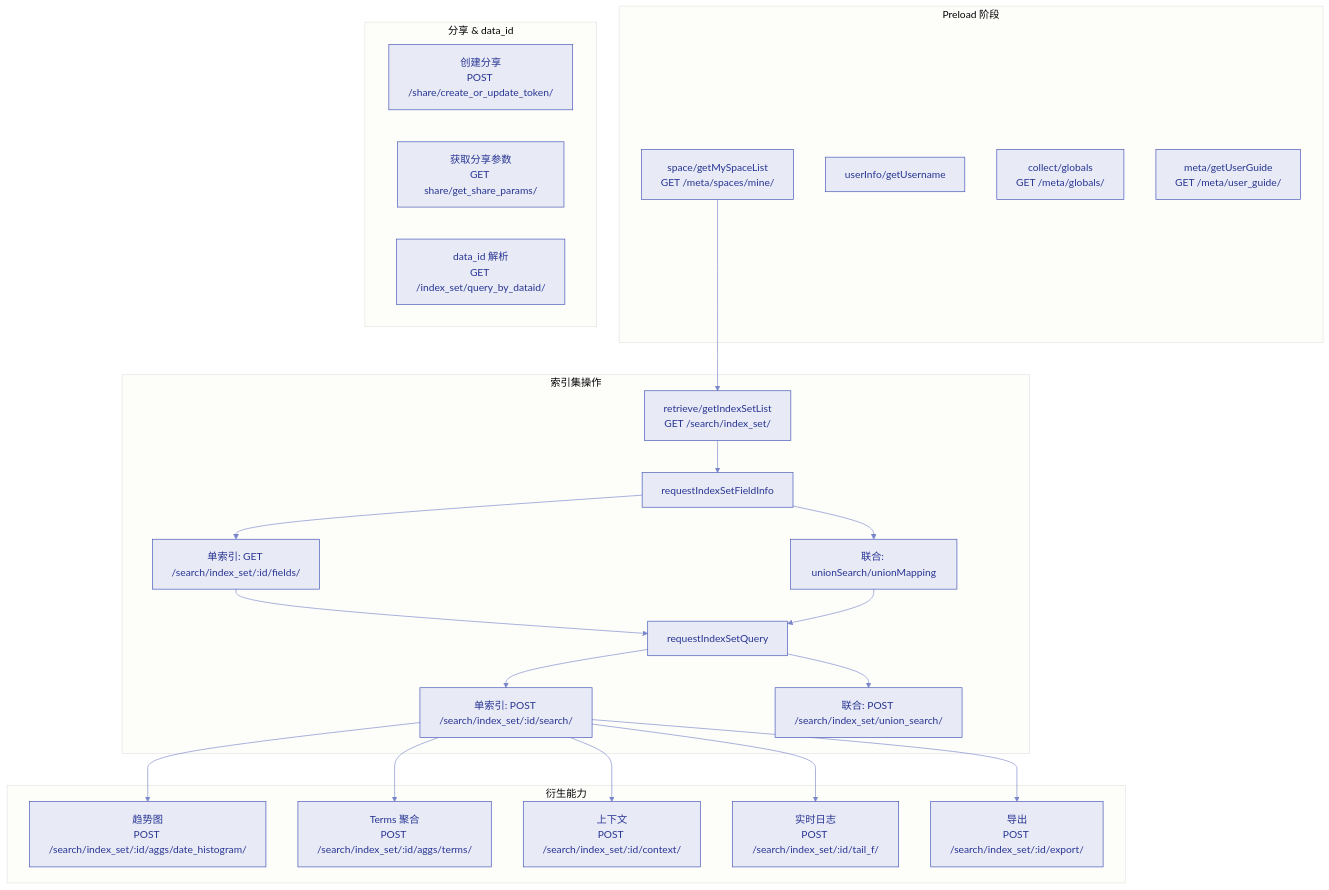
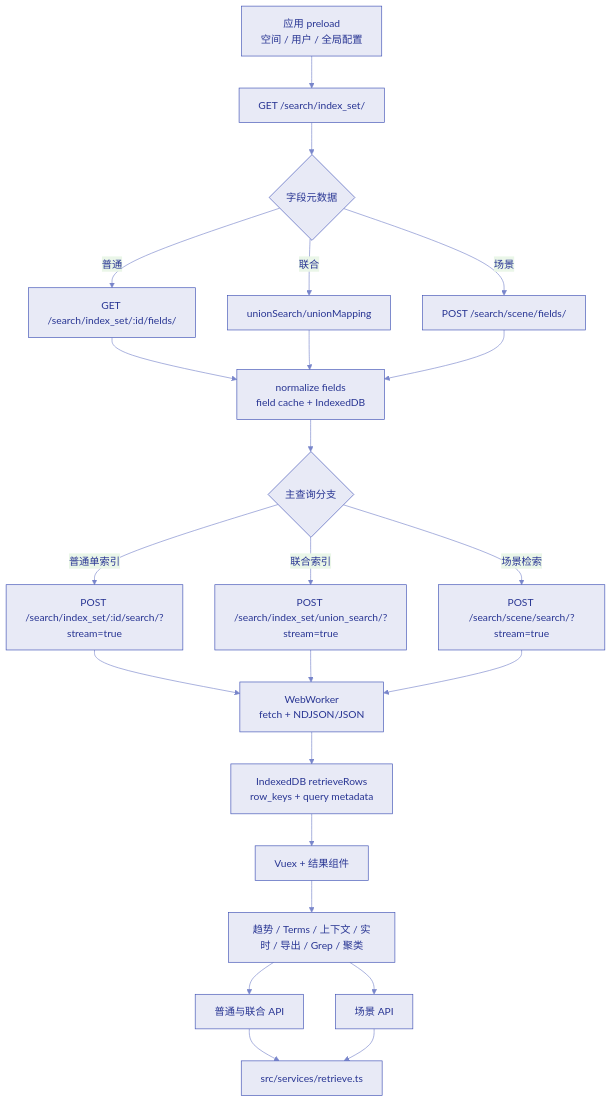
The diagram in bklog/web/.docs/diagrams/G-检索模块API调用链路图.mmd (TencentBlueKing/bk-monitor), drawn with Mermaid before and after one commit. The commit also changed 19 other files, not shown here.

```diff
--- a/bklog/web/.docs/diagrams/G-检索模块API调用链路图.mmd
+++ b/bklog/web/.docs/diagrams/G-检索模块API调用链路图.mmd
@@ -1,46 +1,24 @@
-%%{init: {'theme': 'base', 'themeVariables': { 'primaryColor': '#e8eaf6', 'primaryTextColor': '#283593', 'primaryBorderColor': '#3f51b5', 'lineColor': '#7986cb'}}}%%
+%%{init: {'theme': 'base', 'themeVariables': {'primaryColor': '#e8eaf6', 'primaryTextColor': '#283593', 'primaryBorderColor': '#3f51b5', 'lineColor': '#7986cb'}}}%%
 flowchart TD
-    subgraph "Preload 阶段"
-        P1[space/getMySpaceList<br/>GET /meta/spaces/mine/]
-        P2[userInfo/getUsername]
-        P3[collect/globals<br/>GET /meta/globals/]
-        P4[meta/getUserGuide<br/>GET /meta/user_guide/]
-    end
-
-    subgraph "索引集操作"
-        I1[retrieve/getIndexSetList<br/>GET /search/index_set/]
-        I2[requestIndexSetFieldInfo]
-        I2A[单索引: GET /search/index_set/:id/fields/]
-        I2B[联合: unionSearch/unionMapping]
-        I3[requestIndexSetQuery]
-        I3A[单索引: POST /search/index_set/:id/search/]
-        I3B[联合: POST /search/index_set/union_search/]
-    end
-
-    subgraph "衍生能力"
-        D1[趋势图<br/>POST /search/index_set/:id/aggs/date_histogram/]
-        D2[Terms 聚合<br/>POST /search/index_set/:id/aggs/terms/]
-        D3[上下文<br/>POST /search/index_set/:id/context/]
-        D4[实时日志<br/>POST /search/index_set/:id/tail_f/]
-        D5[导出<br/>POST /search/index_set/:id/export/]
-    end
-
-    subgraph "分享 & data_id"
-        S1[创建分享<br/>POST /share/create_or_update_token/]
-        S2[获取分享参数<br/>GET share/get_share_params/]
-        S3[data_id 解析<br/>GET /index_set/query_by_dataid/]
-    end
-
-    P1 --> I1
-    I1 --> I2
-    I2 --> I2A
-    I2 --> I2B
-    I2A --> I3
-    I2B --> I3
-    I3 --> I3A
-    I3 --> I3B
-    I3A --> D1
-    I3A --> D2
-    I3A --> D3
-    I3A --> D4
-    I3A --> D5
+  PRELOAD[应用 preload<br/>空间 / 用户 / 全局配置] --> INDEX[GET /search/index_set/]
+  INDEX --> FIELD{字段元数据}
+  FIELD -->|普通| F1[GET /search/index_set/:id/fields/]
+  FIELD -->|联合| F2[unionSearch/unionMapping]
+  FIELD -->|场景| F3[POST /search/scene/fields/]
+  F1 --> META[normalize fields<br/>field cache + IndexedDB]
+  F2 --> META
+  F3 --> META
+  META --> QUERY{主查询分支}
+  QUERY -->|普通单索引| Q1[POST /search/index_set/:id/search/?stream=true]
+  QUERY -->|联合索引| Q2[POST /search/index_set/union_search/?stream=true]
+  QUERY -->|场景检索| Q3[POST /search/scene/search/?stream=true]
+  Q1 --> WORKER[WebWorker<br/>fetch + NDJSON/JSON]
+  Q2 --> WORKER
+  Q3 --> WORKER
+  WORKER --> ROWS[IndexedDB retrieveRows<br/>row_keys + query metadata]
+  ROWS --> RESULT[Vuex + 结果组件]
+  RESULT --> DERIVED[趋势 / Terms / 上下文 / 实时 / 导出 / Grep / 聚类]
+  DERIVED --> NORMAL[普通与联合 API]
+  DERIVED --> SCENARIO[场景 API]
+  NORMAL --> SERVICES[src/services/retrieve.ts]
+  SCENARIO --> SERVICES
```
